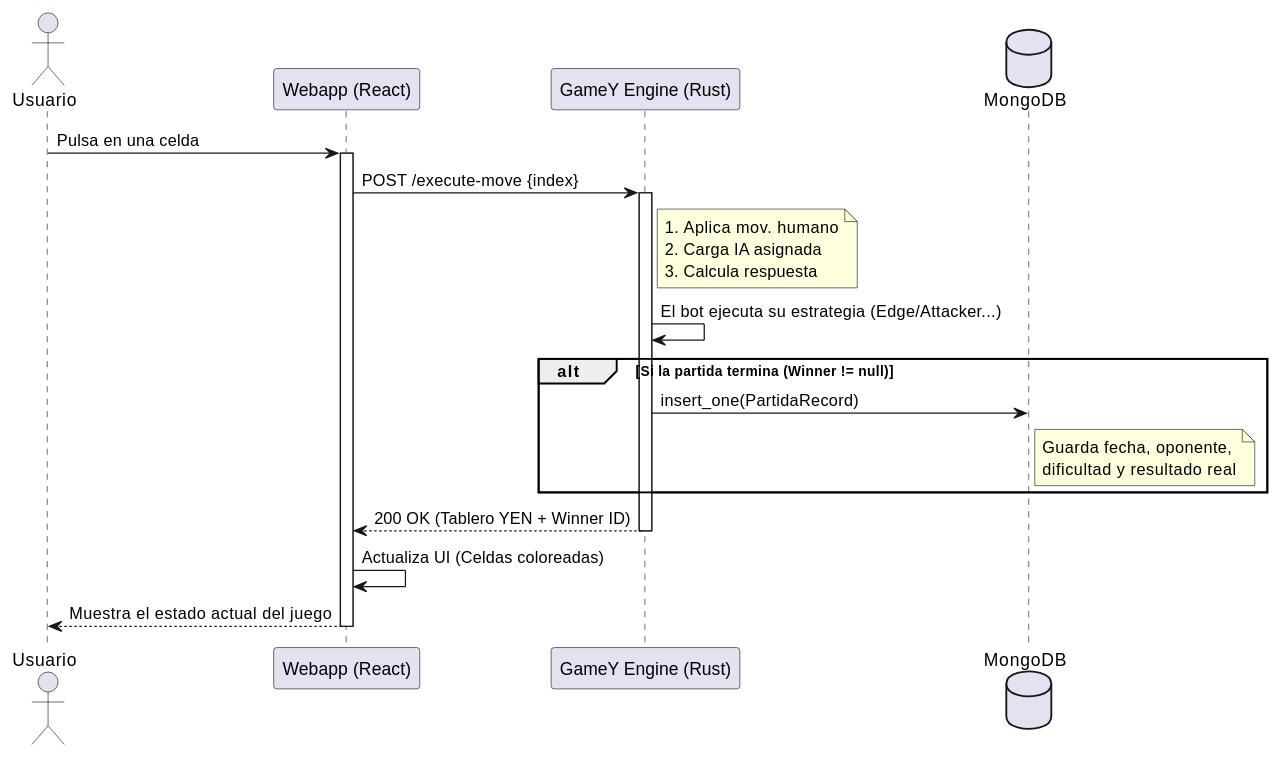
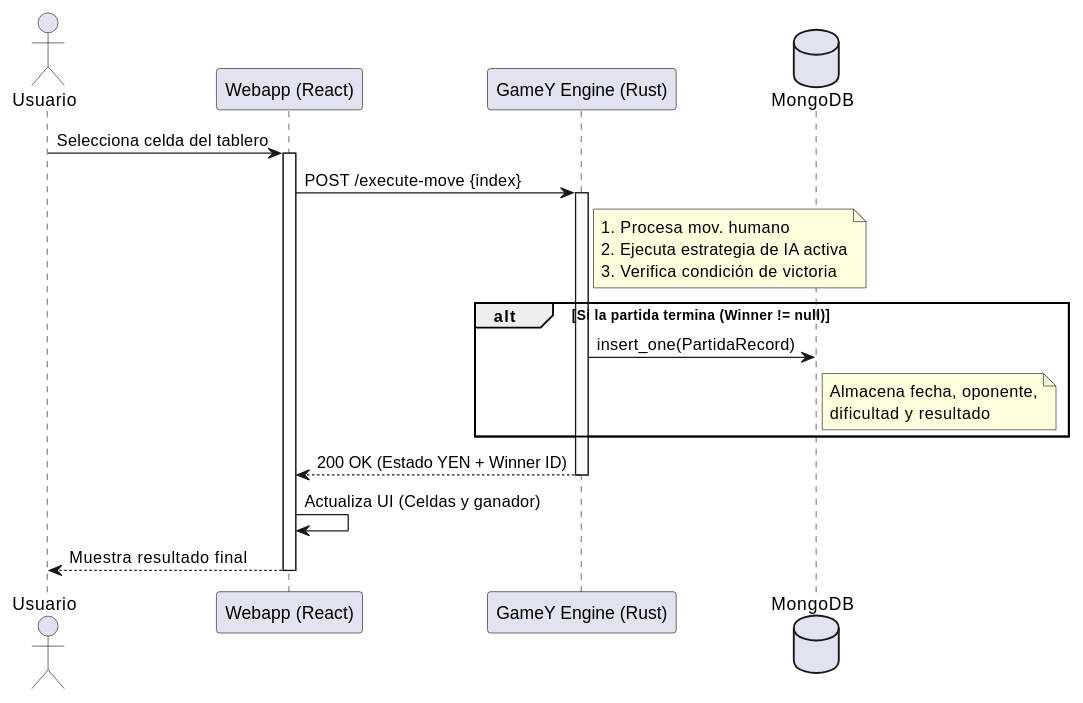
One commit to Arquisoft/yovi_es1b changed the fourth of 4 diagrams in docs/src/06_runtime_view.adoc. Above: the diagram before and after it, drawn with PlantUML. The commit also changed other lines of this file, not shown here.

```diff
--- a/docs/src/06_runtime_view.adoc
+++ b/docs/src/06_runtime_view.adoc
@@ -58,23 +84,22 @@
 [plantuml,"Game_Move_Sequence",png]
 ----
 actor Usuario
 participant "Webapp (React)" as Webapp
 participant "GameY Engine (Rust)" as Gamey
 database "MongoDB" as DB
 
-Usuario -> Webapp: Pulsa en una celda
+Usuario -> Webapp: Selecciona celda del tablero
 activate Webapp
 Webapp -> Gamey: POST /execute-move {index}
 activate Gamey
-note right of Gamey: 1. Aplica mov. humano\n2. Carga IA asignada\n3. Calcula respuesta
-Gamey -> Gamey: El bot ejecuta su estrategia (Edge/Attacker...)
+note right of Gamey: 1. Procesa mov. humano\n2. Ejecuta estrategia de IA activa\n3. Verifica condición de victoria
 alt Si la partida termina (Winner != null)
     Gamey -> DB: insert_one(PartidaRecord)
-    note right of DB: Guarda fecha, oponente,\ndificultad y resultado real
+    note right of DB: Almacena fecha, oponente,\ndificultad y resultado
 end
-Gamey --> Webapp: 200 OK (Tablero YEN + Winner ID)
+Gamey --> Webapp: 200 OK (Estado YEN + Winner ID)
 deactivate Gamey
-Webapp -> Webapp: Actualiza UI (Celdas coloreadas)
-Webapp --> Usuario: Muestra el estado actual del juego
+Webapp -> Webapp: Actualiza UI (Celdas y ganador)
+Webapp --> Usuario: Muestra resultado final
 deactivate Webapp
 ----
```
